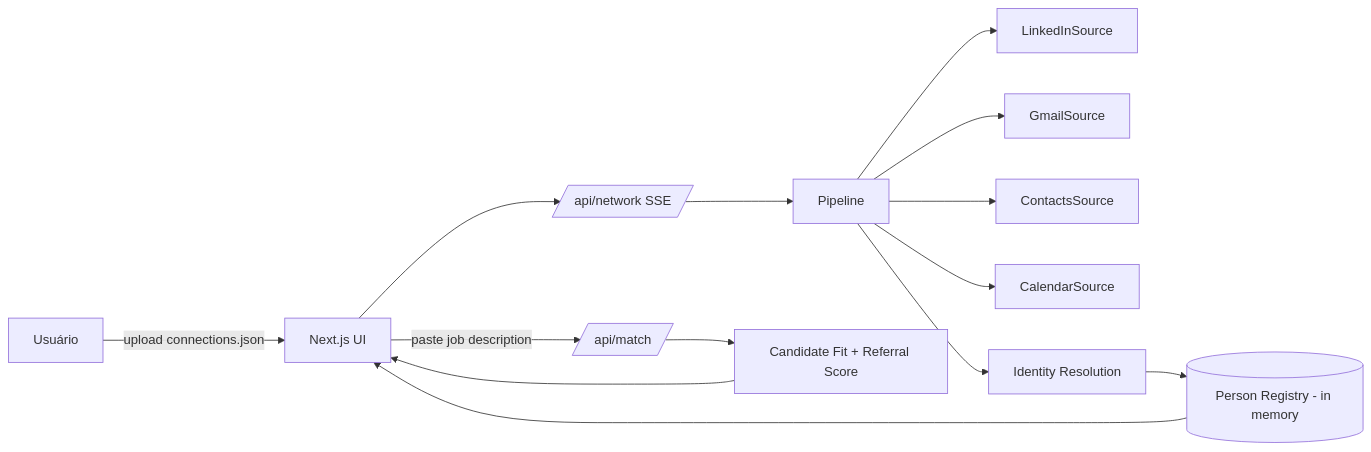
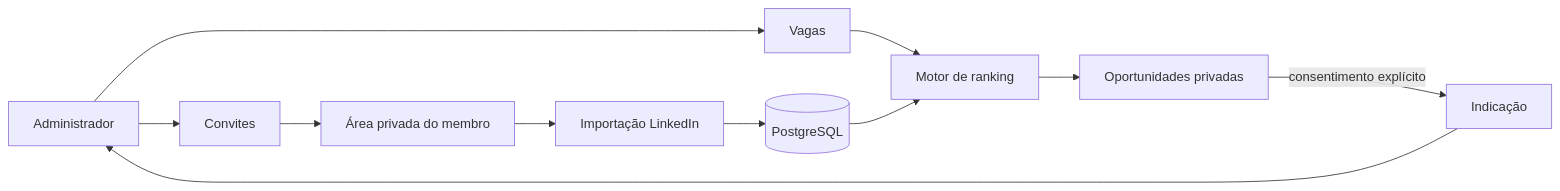
The diagram in README.md (Ceugox/Dream-Team-Test), drawn with Mermaid before and after one commit. The commit also changed other lines of this file and 41 other files, not shown here.

````diff
--- a/README.md
+++ b/README.md
@@ -40,16 +67,13 @@
 ```mermaid
 flowchart LR
-  U[Usuário] -->|upload connections.json| UI[Next.js UI]
-  UI --> API[/api/network SSE/]
-  API --> Pipeline[Pipeline]
-  Pipeline --> LinkedInSource
-  Pipeline --> GmailSource
-  Pipeline --> ContactsSource
-  Pipeline --> CalendarSource
-  Pipeline --> Identity[Identity Resolution]
-  Identity --> Registry[(Person Registry - in memory)]
-  Registry --> UI
-  UI -->|paste job description| Match[/api/match/]
-  Match --> Ranking[Candidate Fit + Referral Score]
-  Ranking --> UI
+  A[Administrador] --> J[Vagas]
+  A --> I[Convites]
+  I --> M[Área privada do membro]
+  M --> L[Importação LinkedIn]
+  L --> P[(PostgreSQL)]
+  J --> R[Motor de ranking]
+  P --> R
+  R --> O[Oportunidades privadas]
+  O -->|consentimento explícito| F[Indicação]
+  F --> A
 ```
````
